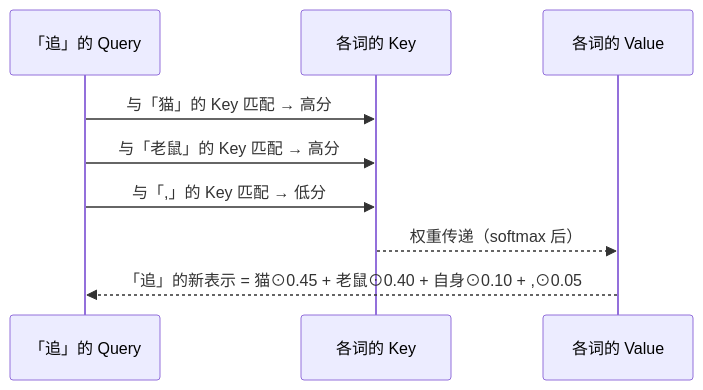
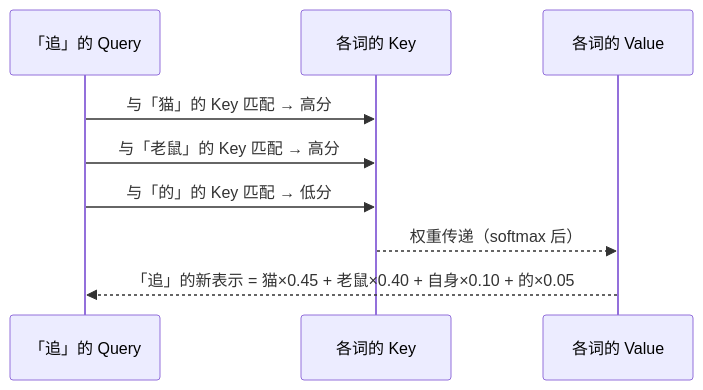
One commit to xbsheng/blog changed the second of 2 diagrams in src/content/posts/transformer-attention.md. Above: the diagram before and after it, drawn with Mermaid. The commit also changed other lines of this file and 37 other files, not shown here.

````diff
--- a/src/content/posts/transformer-attention.md
+++ b/src/content/posts/transformer-attention.md
@@ -70,11 +70,11 @@
 ```mermaid
 sequenceDiagram
     participant Q as 「追」的 Query
     participant K as 各词的 Key
     participant V as 各词的 Value
     Q->>K: 与「猫」的 Key 匹配 → 高分
     Q->>K: 与「老鼠」的 Key 匹配 → 高分
-    Q->>K: 与「,」的 Key 匹配 → 低分
+    Q->>K: 与「的」的 Key 匹配 → 低分
     K-->>V: 权重传递（softmax 后）
-    V-->>Q: 「追」的新表示 = 猫⊙0.45 + 老鼠⊙0.40 + 自身⊙0.10 + ,⊙0.05
+    V-->>Q: 「追」的新表示 = 猫×0.45 + 老鼠×0.40 + 自身×0.10 + 的×0.05
 ```
````
